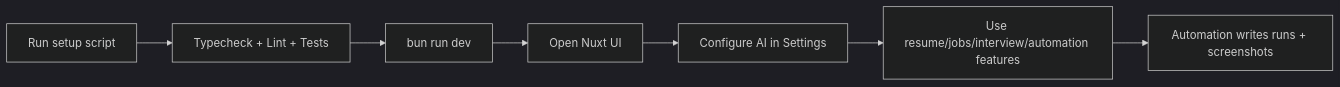
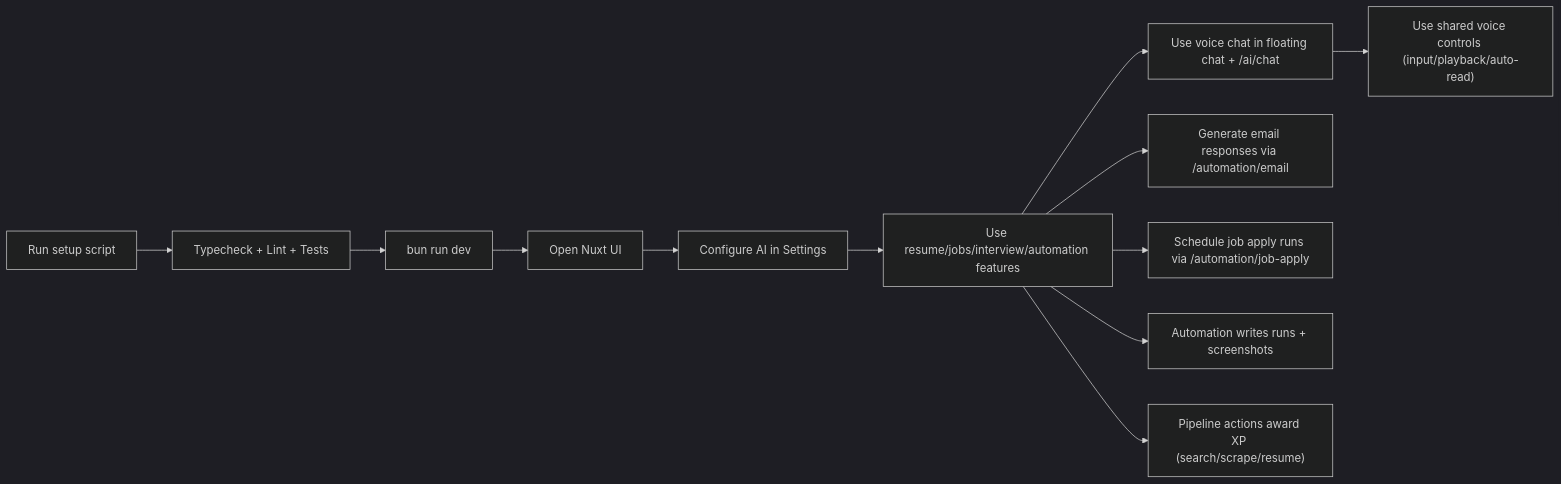
Before and after one commit to d4551/baobuildbuddy: the diagram in docs/STARTER_GUIDE.md, drawn with Mermaid (dark theme). The commit also changed other lines of this file and 135 other files, not shown here.

First line of the commit message:
Add voice chat, automation scheduling & i18n

````diff
--- a/docs/STARTER_GUIDE.md
+++ b/docs/STARTER_GUIDE.md
@@ -81,9 +88,14 @@
 ```mermaid
 flowchart LR
   Setup["Run setup script"] --> Verify["Typecheck + Lint + Tests"]
   Verify --> Start["bun run dev"]
   Start --> UI["Open Nuxt UI"]
   UI --> Settings["Configure AI in Settings"]
   Settings --> Features["Use resume/jobs/interview/automation features"]
+  Features --> Voice["Use voice chat in floating chat + /ai/chat"]
+  Voice --> VoiceSelect["Use shared voice controls (input/playback/auto-read)"]
+  Features --> Email["Generate email responses via /automation/email"]
+  Features --> Schedule["Schedule job apply runs via /automation/job-apply"]
   Features --> Automation["Automation writes runs + screenshots"]
+  Features --> XP["Pipeline actions award XP (search/scrape/resume)"]
 ```
````
